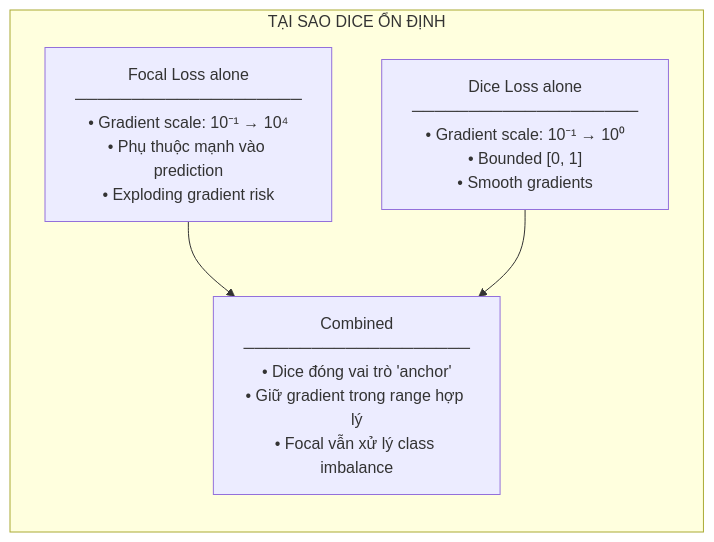
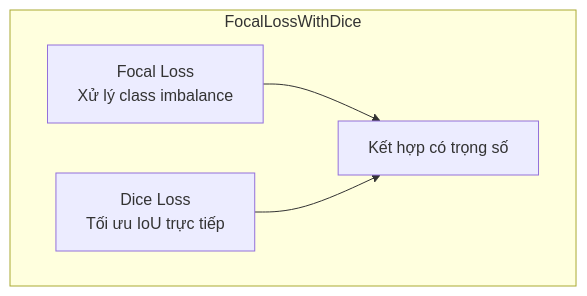
Before and after one commit to rerangst/geobayai_lab: the third of 4 diagrams in research/chuong-06-xview-challenges/muc-02-xview2-building-damage/03-giai-nhi.md, drawn with Mermaid. The commit also changed other lines of this file and 18 other files, not shown here.

````diff
--- a/research/chuong-06-xview-challenges/muc-02-xview2-building-damage/03-giai-nhi.md
+++ b/research/chuong-06-xview-challenges/muc-02-xview2-building-damage/03-giai-nhi.md
@@ -224,15 +66,11 @@
 ```mermaid
 flowchart TB
-    subgraph STABILITY["TẠI SAO DICE ỔN ĐỊNH"]
-        direction TB
-
-        FOCAL["Focal Loss alone<br/>────────────────────<br/>• Gradient scale: 10⁻¹ → 10⁴<br/>• Phụ thuộc mạnh vào prediction<br/>• Exploding gradient risk"]
-
-        DICE["Dice Loss alone<br/>────────────────────<br/>• Gradient scale: 10⁻¹ → 10⁰<br/>• Bounded [0, 1]<br/>• Smooth gradients"]
-
-        COMBINED["Combined<br/>────────────────────<br/>• Dice đóng vai trò 'anchor'<br/>• Giữ gradient trong range hợp lý<br/>• Focal vẫn xử lý class imbalance"]
+    subgraph LOSS["FocalLossWithDice"]
+        FOCAL["Focal Loss<br/>Xử lý class imbalance"]
+        DICE["Dice Loss<br/>Tối ưu IoU trực tiếp"]
+        COMBINE["Kết hợp có trọng số"]
     end
 
-    FOCAL --> COMBINED
-    DICE --> COMBINED
+    FOCAL --> COMBINE
+    DICE --> COMBINE
 ```
````
